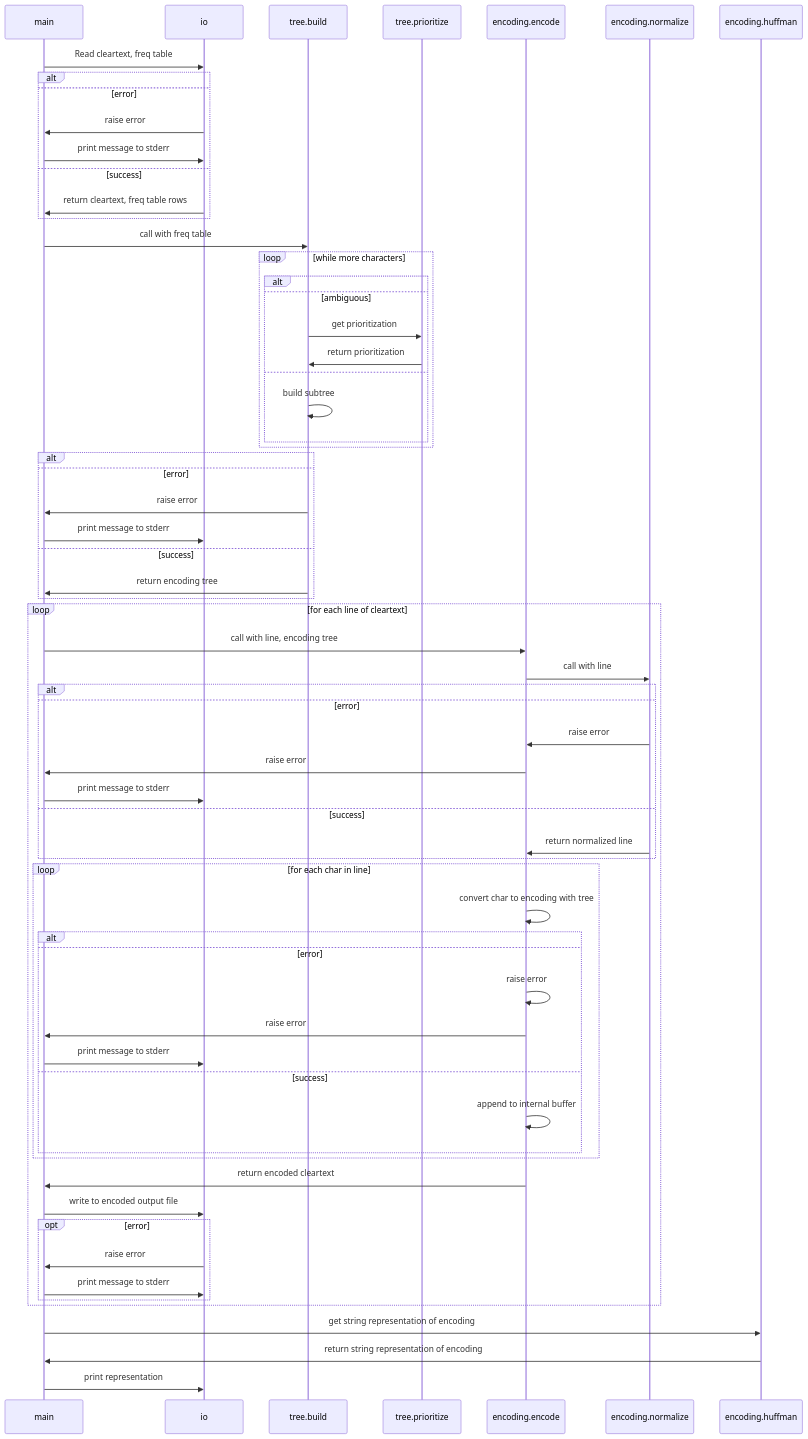
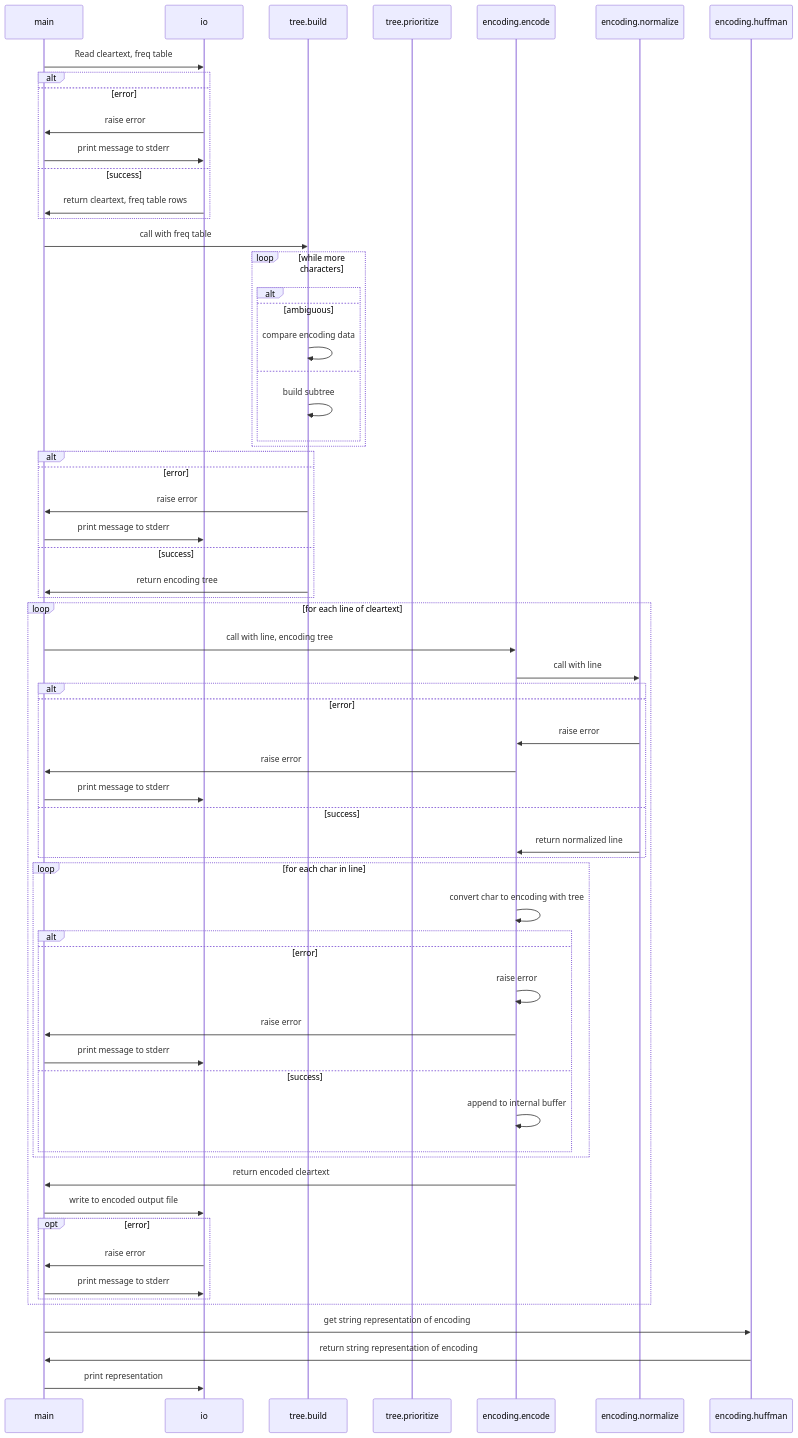
One commit to jllovet/jhu-en-605-202-su26-data-structures changed the diagram in lab-3/huffman-design.mmd. Above: the diagram before and after it, drawn with Mermaid. The commit also changed 1 other file, not shown here.

Commit message:
Remove prioritization package from design

```diff
--- a/lab-3/huffman-design.mmd
+++ b/lab-3/huffman-design.mmd
@@ -1,75 +1,74 @@
 %% Encoding Flow
 
 sequenceDiagram
     participant main
     participant io
     participant build as tree.build
     participant prioritize as tree.prioritize
     participant encode as encoding.encode
     participant normalize as encoding.normalize
     participant huffman as encoding.huffman
     
     main ->> io: Read cleartext, freq table
     alt
     else error
         io ->> main: raise error
         main ->> io: print message to stderr
     else success
         io ->> main: return cleartext, freq table rows
     end
     
     %% --------- %%
     main ->> build: call with freq table
     loop while more characters
         alt
         else ambiguous
-            build ->> prioritize: get prioritization
-            prioritize ->> build: return prioritization
+            build ->> build: compare encoding data
         else
             build ->> build: build subtree
         end
     end
     
     %% --------- %%
     alt
     else error
         build ->> main: raise error
         main ->> io: print message to stderr
     else success
         build ->> main: return encoding tree
     end
     
     %% --------- %%
     loop for each line of cleartext
         main ->> encode: call with line, encoding tree 
         
         encode ->> normalize: call with line
         alt
         else error
             normalize ->> encode: raise error
             encode ->> main: raise error
             main ->> io: print message to stderr
         else success
             normalize ->> encode: return normalized line
         end
         loop for each char in line
             encode ->> encode: convert char to encoding with tree
             alt
             else error
                 encode ->> encode: raise error
                 encode ->> main: raise error
                 main ->> io: print message to stderr
             else success
                 encode ->> encode: append to internal buffer
             end
         end
         encode ->> main: return encoded cleartext
         main ->> io: write to encoded output file
         opt error
             io ->> main: raise error
             main ->> io: print message to stderr
         end
     end %% loop for each line of cleartext
     main ->> huffman: get string representation of encoding
     huffman ->> main: return string representation of encoding
     main ->> io: print representation
```
